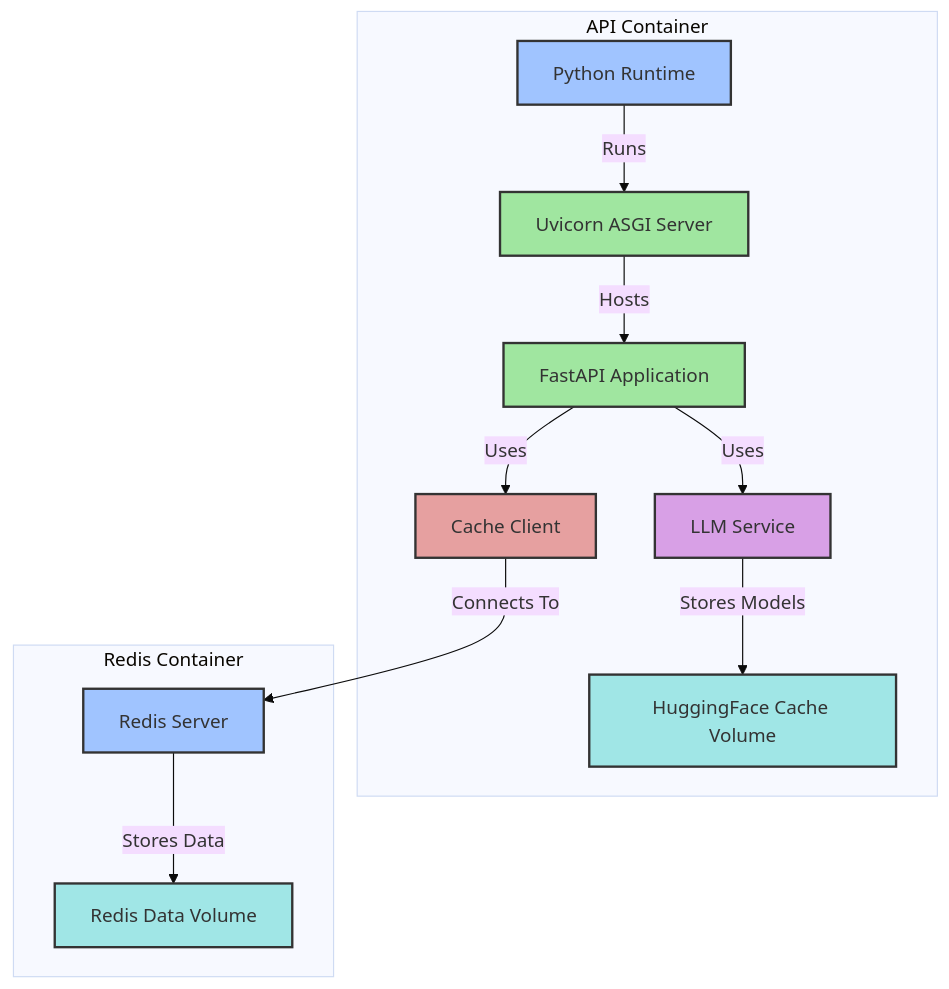
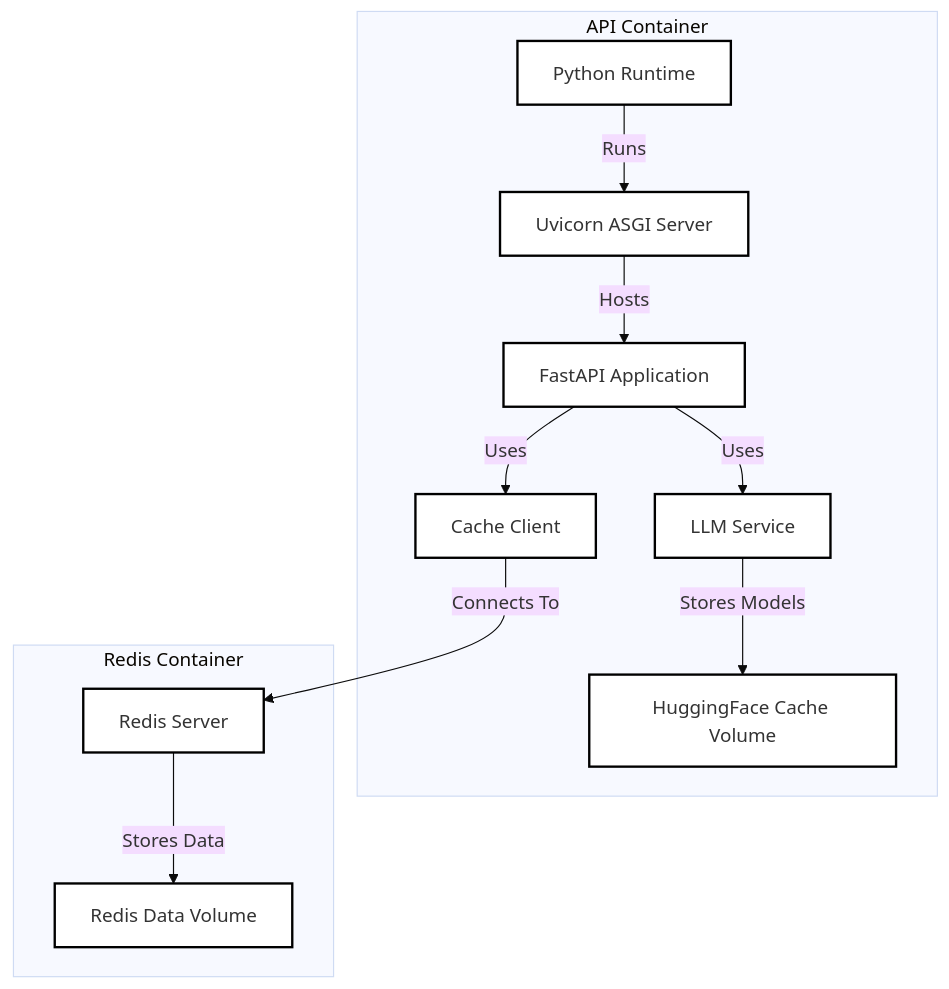
The fifth of 5 diagrams in An_LLM_Query_Understanding_Service/README.md (SoundMindsAI/ai_examples), drawn with Mermaid (base theme) before and after one commit. The commit also changed other lines of this file, not shown here.

Commit message:
Update Mermaid diagrams to use white fill and black borders for consistency

````diff
--- a/An_LLM_Query_Understanding_Service/README.md
+++ b/An_LLM_Query_Understanding_Service/README.md
@@ -206,25 +206,25 @@
 ```mermaid
 graph TB
     subgraph "API Container"
         Python[Python Runtime] -->|Runs| Uvicorn[Uvicorn ASGI Server]
         Uvicorn -->|Hosts| FastAPI[FastAPI Application]
         FastAPI -->|Uses| LLM[LLM Service]
         FastAPI -->|Uses| Cache[Cache Client]
         LLM -->|Stores Models| Volume1[HuggingFace Cache Volume]
     end
     
     subgraph "Redis Container"
         Redis[Redis Server] -->|Stores Data| Volume2[Redis Data Volume]
     end
     
     Cache -->|Connects To| Redis
     
-    style Python fill:#a0c4ff,stroke:#333,stroke-width:2px
-    style Uvicorn fill:#a0e6a0,stroke:#333,stroke-width:2px
-    style FastAPI fill:#a0e6a0,stroke:#333,stroke-width:2px
-    style LLM fill:#d8a0e6,stroke:#333,stroke-width:2px
-    style Cache fill:#e6a0a0,stroke:#333,stroke-width:2px
-    style Redis fill:#a0c4ff,stroke:#333,stroke-width:2px
-    style Volume1 fill:#a0e6e6,stroke:#333,stroke-width:2px
-    style Volume2 fill:#a0e6e6,stroke:#333,stroke-width:2px
+    style Python fill:white,stroke:black,stroke-width:2px
+    style Uvicorn fill:white,stroke:black,stroke-width:2px
+    style FastAPI fill:white,stroke:black,stroke-width:2px
+    style LLM fill:white,stroke:black,stroke-width:2px
+    style Cache fill:white,stroke:black,stroke-width:2px
+    style Redis fill:white,stroke:black,stroke-width:2px
+    style Volume1 fill:white,stroke:black,stroke-width:2px
+    style Volume2 fill:white,stroke:black,stroke-width:2px
 ```
````
